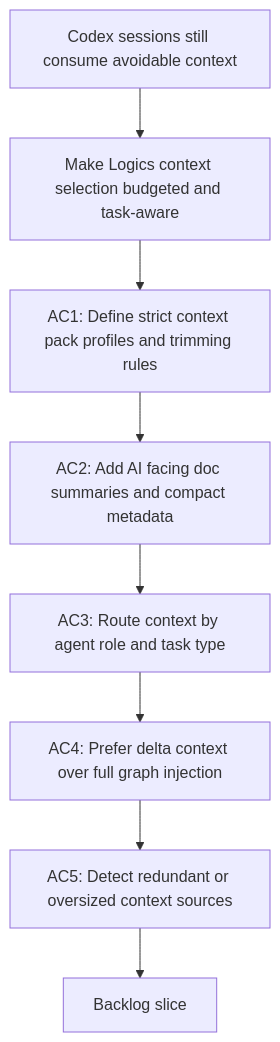
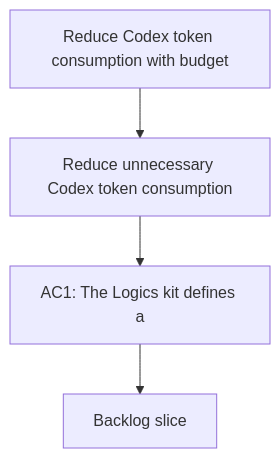
The diagram in logics/request/req_080_reduce_codex_token_consumption_with_budgeted_context_packs_and_agent_aware_prompt_shaping.md (AlexAgo83/logics-manager), drawn with Mermaid before and after one commit. The commit also changed 481 other files, not shown here.

````diff
--- a/logics/request/req_080_reduce_codex_token_consumption_with_budgeted_context_packs_and_agent_aware_prompt_shaping.md
+++ b/logics/request/req_080_reduce_codex_token_consumption_with_budgeted_context_packs_and_agent_aware_prompt_shaping.md
@@ -21,12 +21,8 @@
 ```mermaid
 %% logics-kind: request
 %% logics-signature: request|reduce-codex-token-consumption-with-budg|reduce-unnecessary-codex-token-consumpti|ac1-the-logics-kit-defines-a
 flowchart TD
-    Trigger[Codex sessions still consume avoidable context] --> Need[Make Logics context selection budgeted and task-aware]
-    Need --> AC1[AC1: Define strict context pack profiles and trimming rules]
-    AC1 --> AC2[AC2: Add AI facing doc summaries and compact metadata]
-    AC2 --> AC3[AC3: Route context by agent role and task type]
-    AC3 --> AC4[AC4: Prefer delta context over full graph injection]
-    AC4 --> AC5[AC5: Detect redundant or oversized context sources]
-    AC5 --> Backlog[Backlog slice]
+    Trigger[Reduce Codex token consumption with budget] --> Need[Reduce unnecessary Codex token consumption]
+    Need --> Outcome[AC1: The Logics kit defines a]
+    Outcome --> Backlog[Backlog slice]
 ```
````
